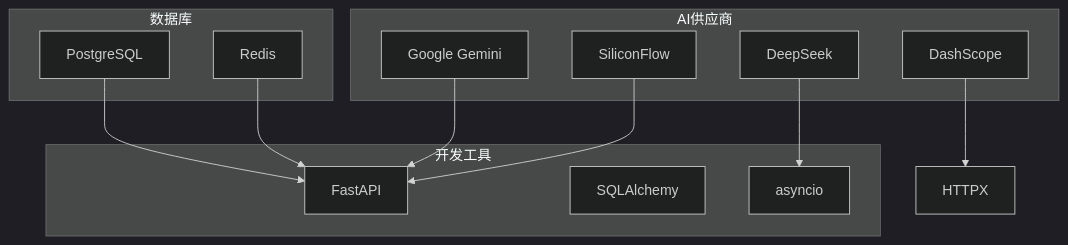
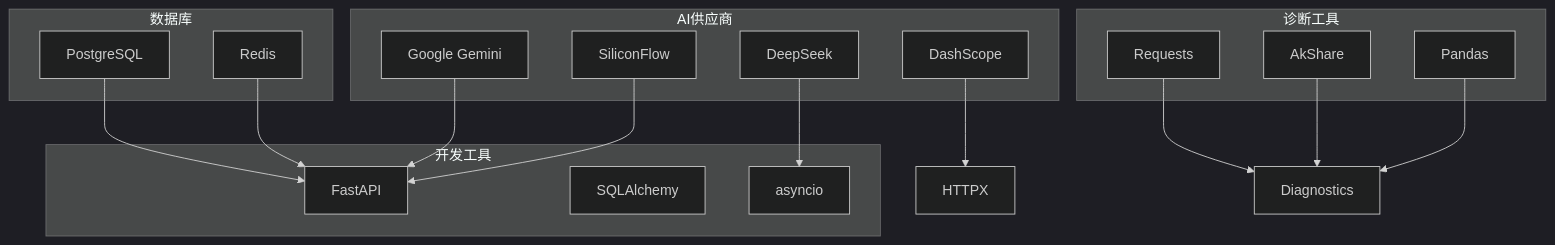
Diagram 11 of 14 in .qoder/repowiki/zh/content/后端开发指南/AI分析流程诊断脚本.md (breeze-lyf/ai-stock-advisor), drawn with Mermaid (dark theme) before and after one commit. The commit also changed other lines of this file and 11 other files, not shown here.

````diff
--- a/.qoder/repowiki/zh/content/后端开发指南/AI分析流程诊断脚本.md
+++ b/.qoder/repowiki/zh/content/后端开发指南/AI分析流程诊断脚本.md
@@ -308,24 +476,32 @@
 ```mermaid
 graph TB
 subgraph "AI供应商"
 Gemini[Google Gemini]
 SiliconFlow[SiliconFlow]
 DeepSeek[DeepSeek]
 DashScope[DashScope]
 end
 subgraph "数据库"
 PostgreSQL[PostgreSQL]
 Redis[Redis]
 end
 subgraph "开发工具"
 FastAPI[FastAPI]
 SQLAlchemy[SQLAlchemy]
 AsyncIO[asyncio]
 end
+subgraph "诊断工具"
+Requests[Requests]
+AkShare[AkShare]
+Pandas[Pandas]
+end
 Gemini --> FastAPI
 SiliconFlow --> FastAPI
 PostgreSQL --> FastAPI
 Redis --> FastAPI
 DeepSeek --> AsyncIO
 DashScope --> HTTPX
+Requests --> Diagnostics
+AkShare --> Diagnostics
+Pandas --> Diagnostics
 ```
````
